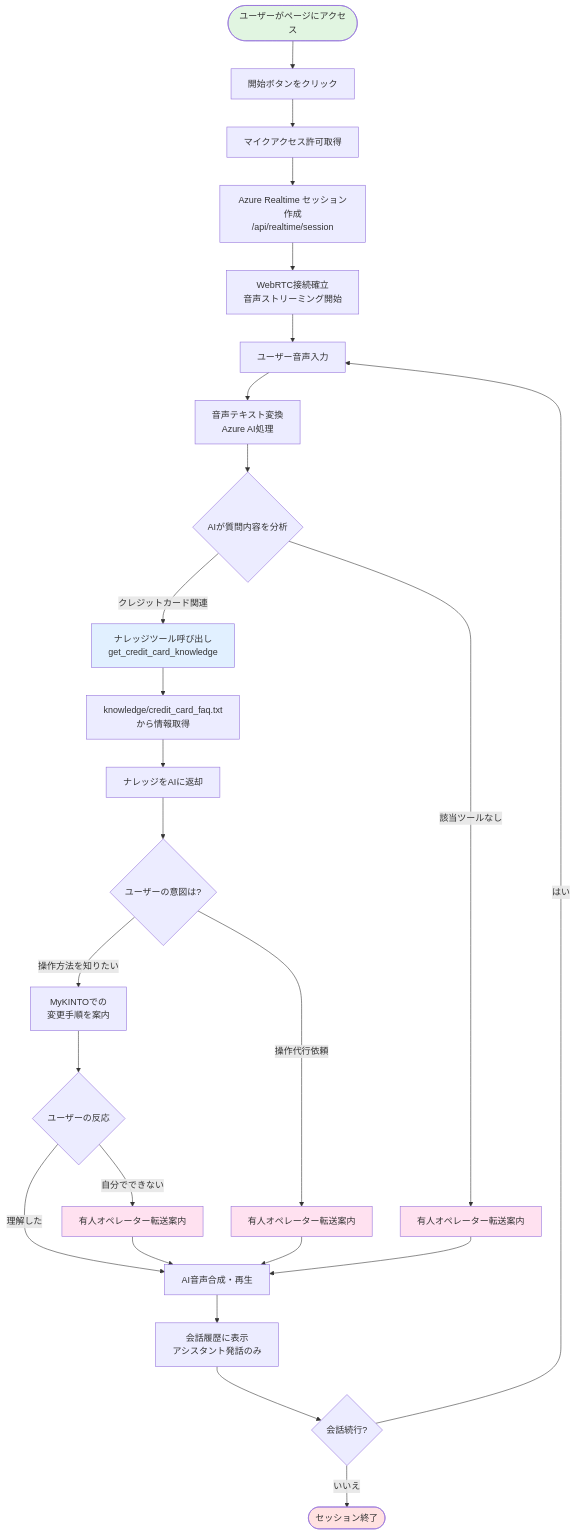
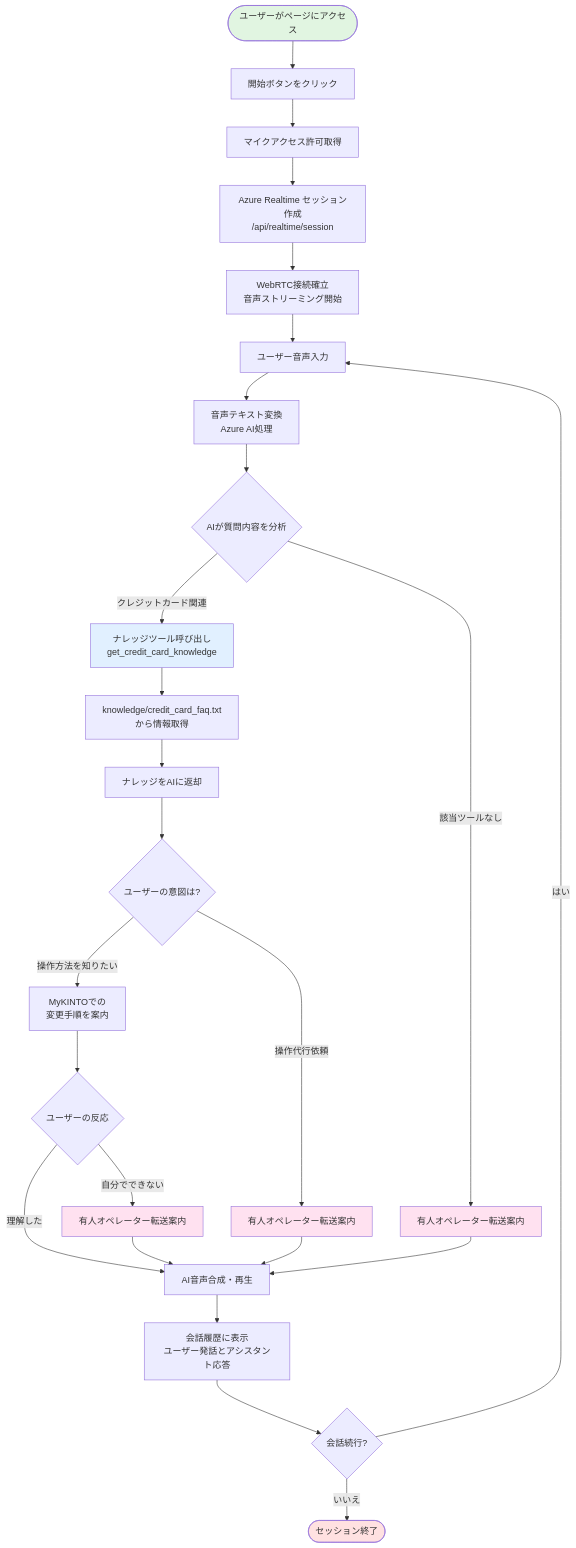
One commit to KTC-Lu/poc-voice-live-api-ai-agent changed the diagram in README.md. Above: the diagram before and after it, drawn with Mermaid. The commit also changed other lines of this file and 2 other files, not shown here.

````diff
--- a/README.md
+++ b/README.md
@@ -90,42 +148,42 @@
 ```mermaid
 flowchart TD
     Start([ユーザーがページにアクセス]) --> ClickStart[開始ボタンをクリック]
     ClickStart --> GetMic[マイクアクセス許可取得]
     GetMic --> CreateSession[Azure Realtime セッション作成<br/>/api/realtime/session]
     CreateSession --> WebRTC[WebRTC接続確立<br/>音声ストリーミング開始]
     WebRTC --> UserSpeak[ユーザー音声入力]
 
     UserSpeak --> Transcription[音声テキスト変換<br/>Azure AI処理]
     Transcription --> AIAnalyze{AIが質問内容を分析}
 
     AIAnalyze -->|クレジットカード関連| CallTool[ナレッジツール呼び出し<br/>get_credit_card_knowledge]
     AIAnalyze -->|該当ツールなし| TransferHuman1[有人オペレーター転送案内]
 
     CallTool --> LoadKnowledge[knowledge/credit_card_faq.txt<br/>から情報取得]
     LoadKnowledge --> ReturnKnowledge[ナレッジをAIに返却]
     ReturnKnowledge --> CheckIntent{ユーザーの意図は?}
 
     CheckIntent -->|操作方法を知りたい| GuideUser[MyKINTOでの<br/>変更手順を案内]
     CheckIntent -->|操作代行依頼| TransferHuman2[有人オペレーター転送案内]
 
     GuideUser --> UserResponse{ユーザーの反応}
     UserResponse -->|理解した| AISynthesize[AI音声合成・再生]
     UserResponse -->|自分でできない| TransferHuman3[有人オペレーター転送案内]
 
     TransferHuman1 --> AISynthesize
     TransferHuman2 --> AISynthesize
     TransferHuman3 --> AISynthesize
 
-    AISynthesize --> DisplayTranscript[会話履歴に表示<br/>アシスタント発話のみ]
+    AISynthesize --> DisplayTranscript[会話履歴に表示<br/>ユーザー発話とアシスタント応答]
     DisplayTranscript --> Continue{会話続行?}
 
     Continue -->|はい| UserSpeak
     Continue -->|いいえ| End([セッション終了])
 
     style Start fill:#e1f5e1
     style End fill:#ffe1e1
     style CallTool fill:#e1f0ff
     style TransferHuman1 fill:#ffe1f0
     style TransferHuman2 fill:#ffe1f0
     style TransferHuman3 fill:#ffe1f0
 ```
````
